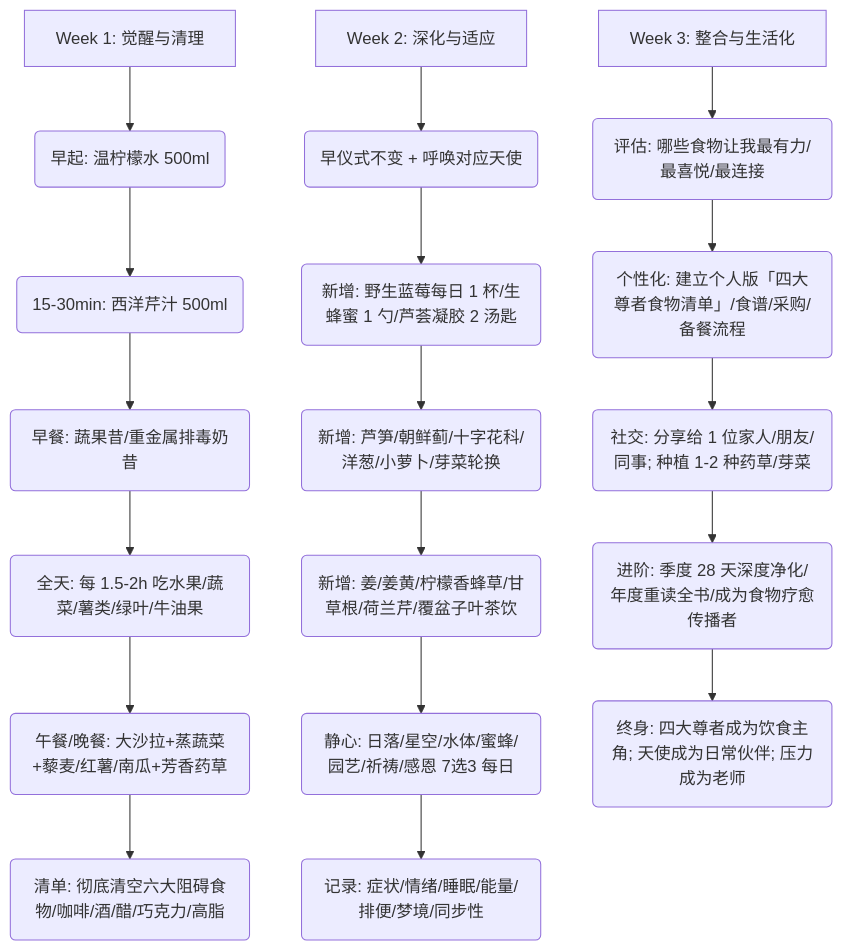
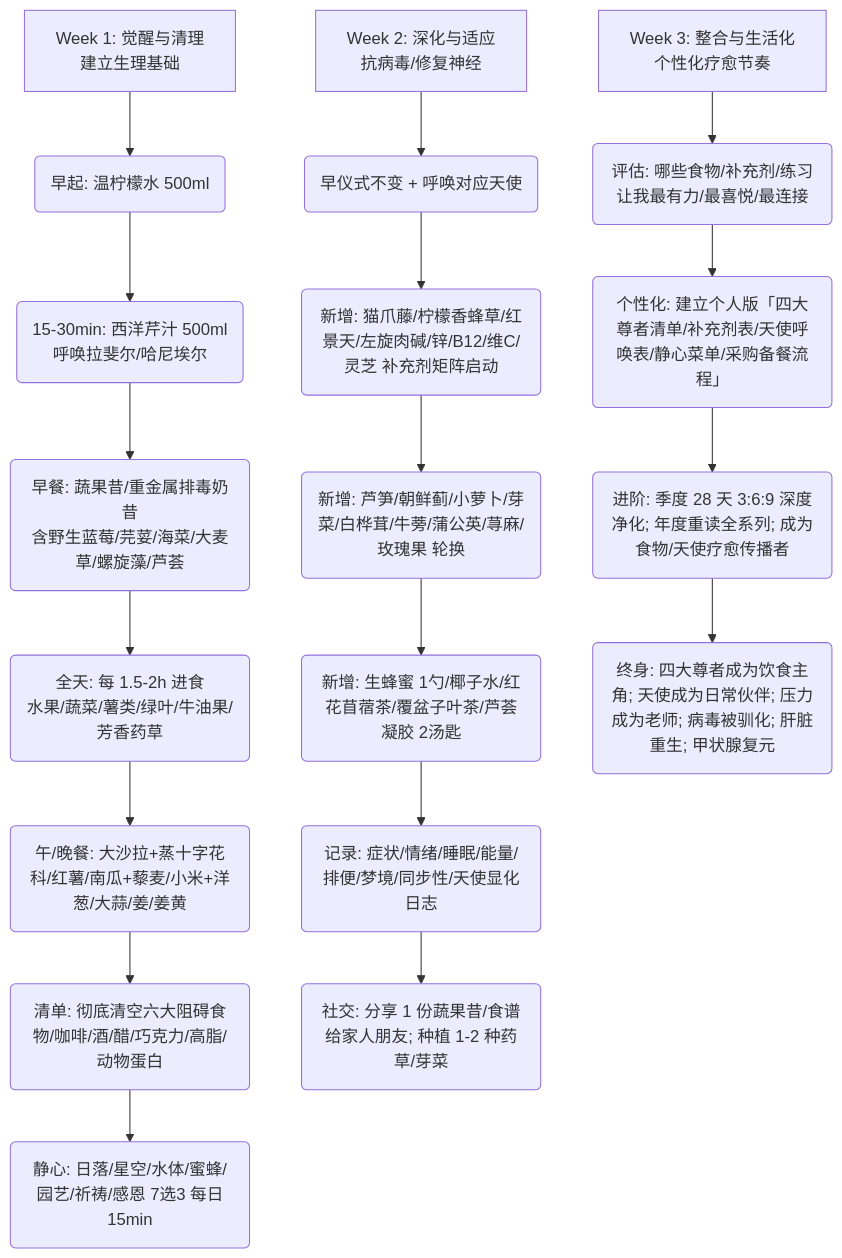
One commit to OpenDocCN1/mystery-llm-wiki changed the third of 3 diagrams in pages/yi-liao-ling-mei.md. Above: the diagram before and after it, drawn with Mermaid. The commit also changed other lines of this file and 4 other files, not shown here.

````diff
--- a/pages/yi-liao-ling-mei.md
+++ b/pages/yi-liao-ling-mei.md
@@ -349,22 +223,22 @@
 ```mermaid
 graph TD
-    A[Week 1: 觉醒与清理] --> A1(早起: 温柠檬水 500ml)
-    A1 --> A2(15-30min: 西洋芹汁 500ml)
-    A2 --> A3(早餐: 蔬果昔/重金属排毒奶昔)
-    A3 --> A4(全天: 每 1.5-2h 吃水果/蔬菜/薯类/绿叶/牛油果)
-    A4 --> A5(午餐/晚餐: 大沙拉+蒸蔬菜+藜麦/红薯/南瓜+芳香药草)
-    A5 --> A6(清单: 彻底清空六大阻碍食物/咖啡/酒/醋/巧克力/高脂)
+    A[Week 1: 觉醒与清理<br/>建立生理基础] --> A1(早起: 温柠檬水 500ml)
+    A1 --> A2(15-30min: 西洋芹汁 500ml<br/>呼唤拉斐尔/哈尼埃尔)
+    A2 --> A3(早餐: 蔬果昔/重金属排毒奶昔<br/>含野生蓝莓/芫荽/海菜/大麦草/螺旋藻/芦荟)
+    A3 --> A4(全天: 每 1.5-2h 进食<br/>水果/蔬菜/薯类/绿叶/牛油果/芳香药草)
+    A4 --> A5(午/晚餐: 大沙拉+蒸十字花科/红薯/南瓜+藜麦/小米+洋葱/大蒜/姜/姜黄)
+    A5 --> A6(清单: 彻底清空六大阻碍食物/咖啡/酒/醋/巧克力/高脂/动物蛋白)
+    A6 --> A7(静心: 日落/星空/水体/蜜蜂/园艺/祈祷/感恩 7选3 每日15min)
     
-    B[Week 2: 深化与适应] --> B1(早仪式不变 + 呼唤对应天使)
-    B1 --> B2(新增: 野生蓝莓每日 1 杯/生蜂蜜 1 勺/芦荟凝胶 2 汤匙)
-    B2 --> B3(新增: 芦笋/朝鲜蓟/十字花科/洋葱/小萝卜/芽菜轮换)
-    B3 --> B4(新增: 姜/姜黄/柠檬香蜂草/甘草根/荷兰芹/覆盆子叶茶饮)
-    B4 --> B5(静心: 日落/星空/水体/蜜蜂/园艺/祈祷/感恩 7选3 每日)
-    B5 --> B6(记录: 症状/情绪/睡眠/能量/排便/梦境/同步性)
+    B[Week 2: 深化与适应<br/>抗病毒/修复神经] --> B1(早仪式不变 + 呼唤对应天使)
+    B1 --> B2(新增: 猫爪藤/柠檬香蜂草/红景天/左旋肉碱/锌/B12/维C/灵芝 补充剂矩阵启动)
+    B2 --> B3(新增: 芦笋/朝鲜蓟/小萝卜/芽菜/白桦茸/牛蒡/蒲公英/荨麻/玫瑰果 轮换)
+    B3 --> B4(新增: 生蜂蜜 1勺/椰子水/红花苜蓿茶/覆盆子叶茶/芦荟凝胶 2汤匙)
+    B4 --> B5(记录: 症状/情绪/睡眠/能量/排便/梦境/同步性/天使显化日志)
+    B5 --> B6(社交: 分享 1 份蔬果昔/食谱给家人朋友; 种植 1-2 种药草/芽菜)
     
-    C[Week 3: 整合与生活化] --> C1(评估: 哪些食物让我最有力/最喜悦/最连接)
-    C1 --> C2(个性化: 建立个人版「四大尊者食物清单」/食谱/采购/备餐流程)
-    C2 --> C3(社交: 分享给 1 位家人/朋友/同事; 种植 1-2 种药草/芽菜)
-    C3 --> C4(进阶: 季度 28 天深度净化/年度重读全书/成为食物疗愈传播者)
-    C4 --> C5(终身: 四大尊者成为饮食主角; 天使成为日常伙伴; 压力成为老师)
+    C[Week 3: 整合与生活化<br/>个性化疗愈节奏] --> C1(评估: 哪些食物/补充剂/练习让我最有力/最喜悦/最连接)
+    C1 --> C2(个性化: 建立个人版「四大尊者清单/补充剂表/天使呼唤表/静心菜单/采购备餐流程」)
+    C2 --> C3(进阶: 季度 28 天 3:6:9 深度净化; 年度重读全系列; 成为食物/天使疗愈传播者)
+    C3 --> C4(终身: 四大尊者成为饮食主角; 天使成为日常伙伴; 压力成为老师; 病毒被驯化; 肝脏重生; 甲状腺复元)
 ```
````
